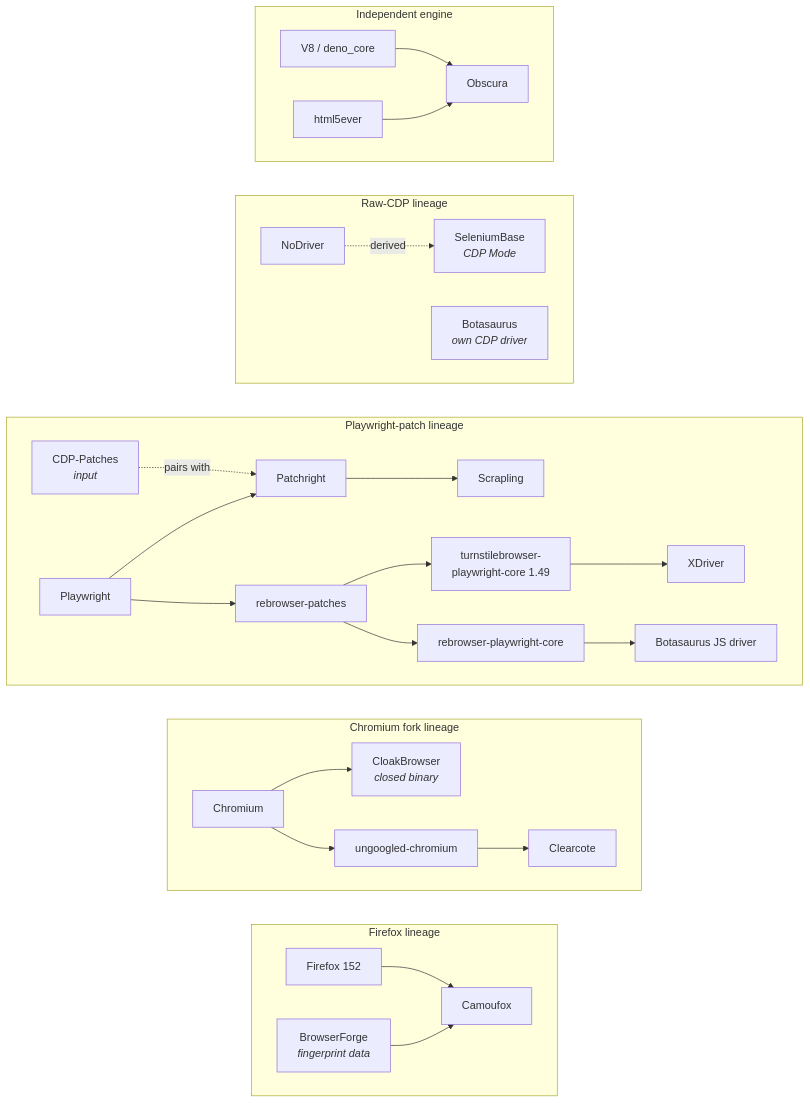
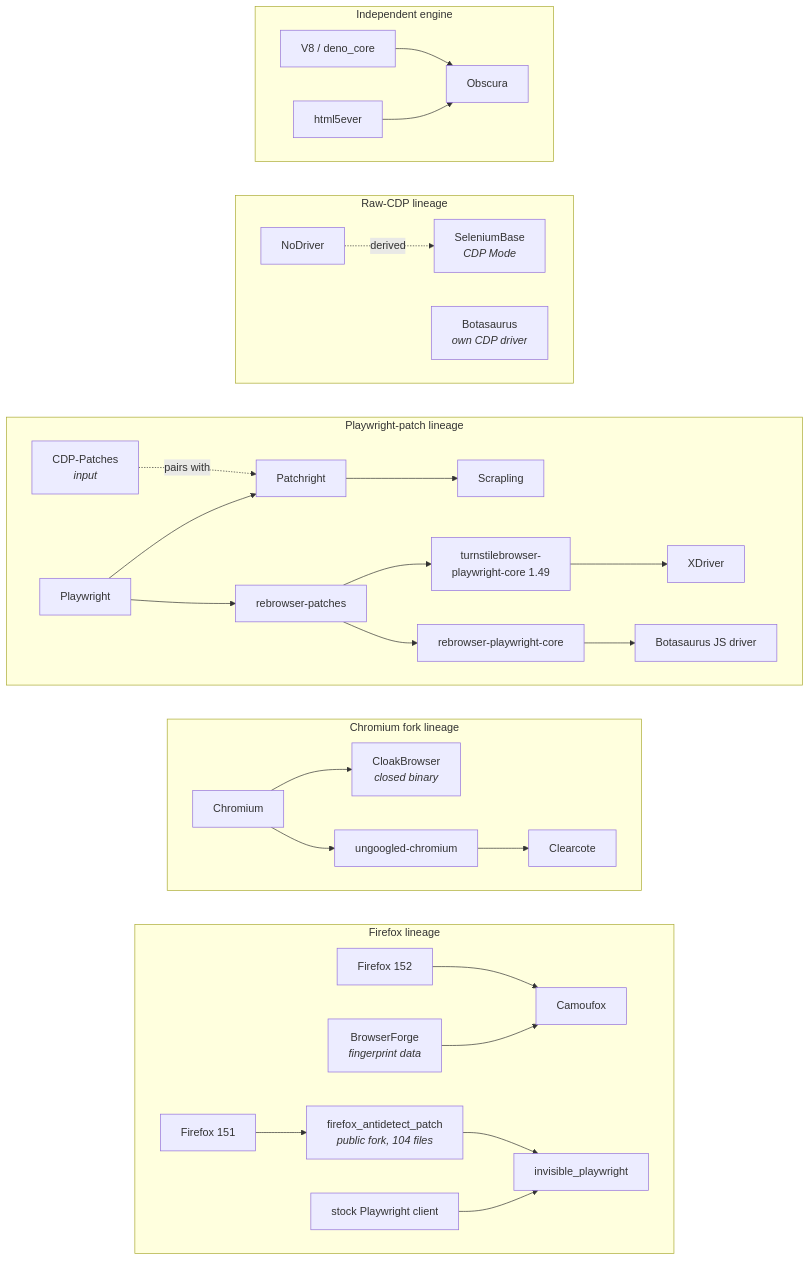
Before and after one commit to pim97/anti-detect-browser-tools-tech-comparison: the diagram in README.md, drawn with Mermaid. The commit also changed other lines of this file and 7 other files, not shown here.

First line of the commit message:
docs: add invisible_playwright as the tenth tool

````diff
--- a/README.md
+++ b/README.md
@@ -183,35 +185,38 @@
 ```mermaid
 graph LR
   subgraph FF["Firefox lineage"]
     direction LR
     Firefox["Firefox 152"] --> Camoufox
     BrowserForge["BrowserForge<br/><i>fingerprint data</i>"] --> Camoufox
+    Firefox151["Firefox 151"] --> FAP["firefox_antidetect_patch<br/><i>public fork, 104 files</i>"]
+    FAP --> InvisiblePW["invisible_playwright"]
+    StockPW["stock Playwright client"] --> InvisiblePW
   end
 
   subgraph CR["Chromium fork lineage"]
     direction LR
     Chromium --> CloakBrowser["CloakBrowser<br/><i>closed binary</i>"]
     Chromium --> UG["ungoogled-chromium"] --> Clearcote
   end
 
   subgraph PW["Playwright-patch lineage"]
     direction LR
     Playwright --> Patchright --> Scrapling
     CDPPatches["CDP-Patches<br/><i>input</i>"] -.pairs with.-> Patchright
     Playwright --> Rebrowser["rebrowser-patches"]
     Rebrowser --> TB["turnstilebrowser-<br/>playwright-core 1.49"] --> XDriver
     Rebrowser --> RPC["rebrowser-playwright-core"] --> BotaJS["Botasaurus JS driver"]
   end
 
   subgraph CDP["Raw-CDP lineage"]
     direction LR
     NoDriver -.derived.-> SeleniumBase["SeleniumBase<br/><i>CDP Mode</i>"]
     Botasaurus["Botasaurus<br/><i>own CDP driver</i>"]
   end
 
   subgraph OWN["Independent engine"]
     direction LR
     V8["V8 / deno_core"] --> Obscura
     H5["html5ever"] --> Obscura
   end
 ```
````
